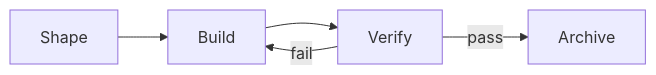
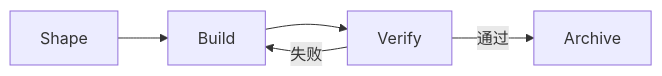
One commit to rpamis/comet-website-docs changed the second of 2 diagrams in zh/concepts/native-workflow.mdx. Above: the diagram before and after it, drawn with Mermaid. The commit also changed other lines of this file and 14 other files, not shown here.

````diff
--- a/zh/concepts/native-workflow.mdx
+++ b/zh/concepts/native-workflow.mdx
@@ -97,7 +99,7 @@
 ```mermaid
 flowchart LR
   S["Shape"] --> B["Build"]
   B --> V["Verify"]
-  V -->|pass| A["Archive"]
-  V -->|fail| B
+  V -->|通过| A["Archive"]
+  V -->|失败| B
 ```
````
